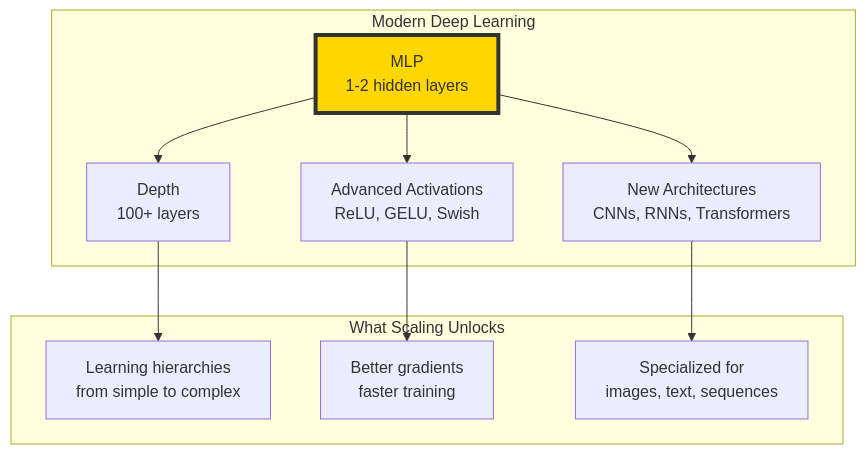
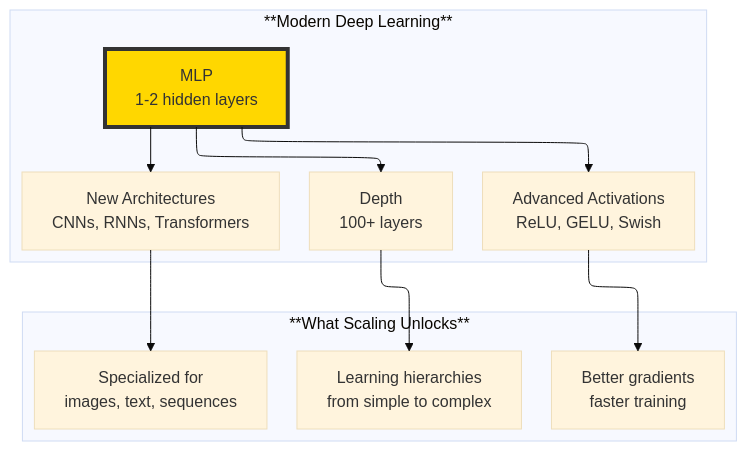
One commit to Vineet-Sharma-Medium-Stories/Medium-Build-Tool changed the fifth of 5 diagrams in The 2026 AI Metromap/The 2026 AI Metromap: Neural Network Architecture – From Perceptron to MLP.md. Above: the diagram before and after it, drawn with Mermaid. The commit also changed other lines of this file and 37 other files, not shown here.

````diff
--- a/The 2026 AI Metromap/The 2026 AI Metromap: Neural Network Architecture – From Perceptron to MLP.md
+++ b/The 2026 AI Metromap/The 2026 AI Metromap: Neural Network Architecture – From Perceptron to MLP.md
@@ -562,16 +584,21 @@
 ```mermaid
+---
+config:
+  theme: base
+  layout: elk
+---
 graph TD
-    subgraph "Modern Deep Learning"
+    subgraph "**Modern Deep Learning**"
         MLP[MLP<br/>1-2 hidden layers] --> D[Depth<br/>100+ layers]
         MLP --> A[Advanced Activations<br/>ReLU, GELU, Swish]
         MLP --> N[New Architectures<br/>CNNs, RNNs, Transformers]
     end
     
-    subgraph "What Scaling Unlocks"
+    subgraph "**What Scaling Unlocks**"
         D --> C1[Learning hierarchies<br/>from simple to complex]
         A --> C2[Better gradients<br/>faster training]
         N --> C3[Specialized for<br/>images, text, sequences]
     end
     
     style MLP fill:#ffd700,stroke:#333,stroke-width:4px
 ```
````
